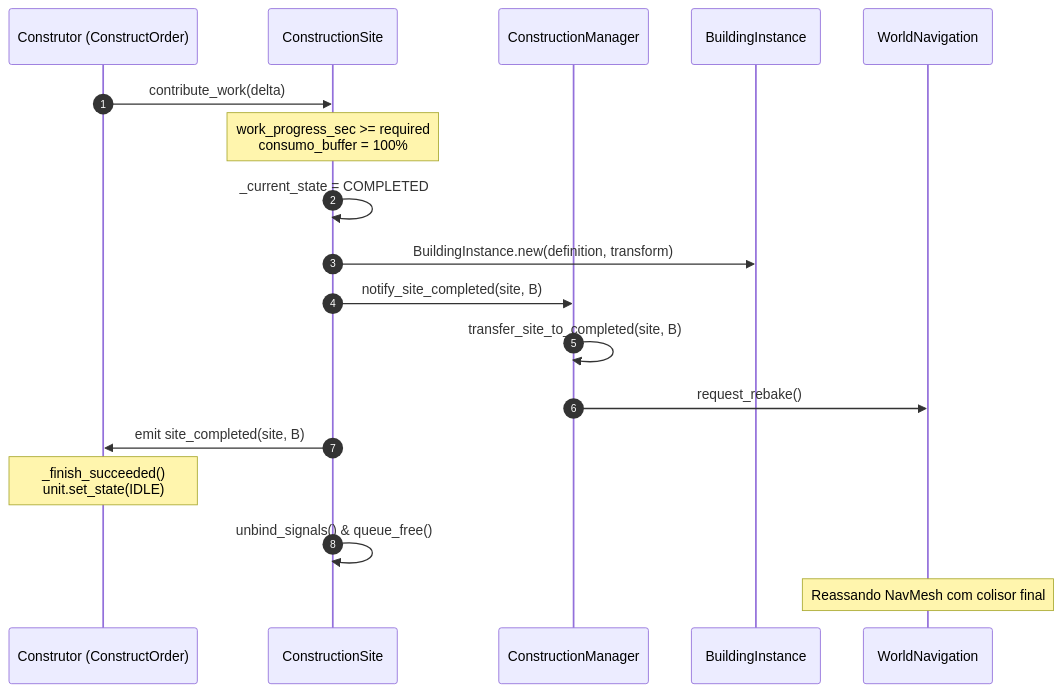
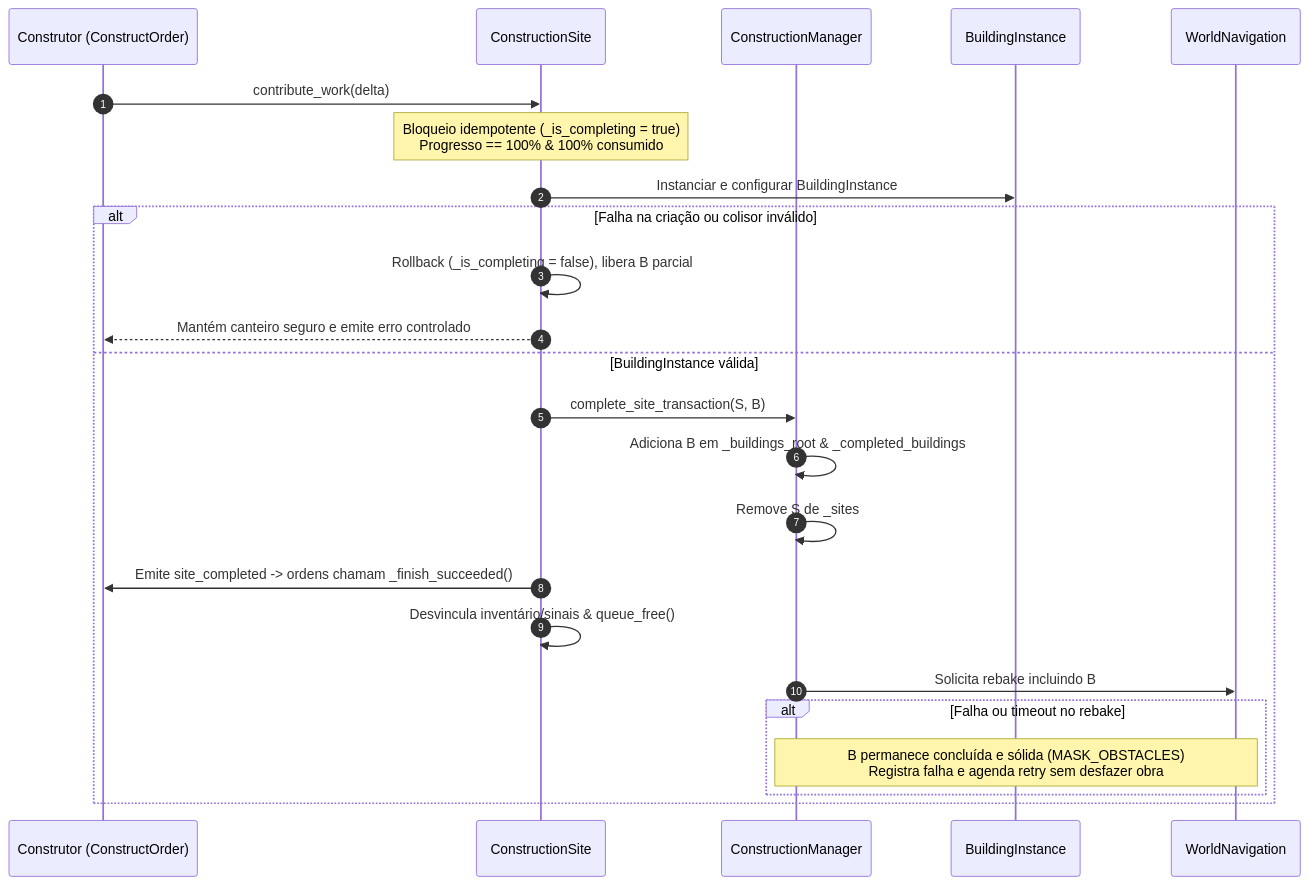
One commit to Julian0s/Dawn-of-Kin changed the second of 2 diagrams in docs/architecture/T3_4_implementation_plan_PROPOSAL.md. Above: the diagram before and after it, drawn with Mermaid. The commit also changed other lines of this file, not shown here.

Commit message:
docs(t3-4): revise architecture plan per R1 independent audit

````diff
--- a/docs/architecture/T3_4_implementation_plan_PROPOSAL.md
+++ b/docs/architecture/T3_4_implementation_plan_PROPOSAL.md
@@ -288,21 +211,27 @@
 ```mermaid
 sequenceDiagram
     autonumber
     participant W as Construtor (ConstructOrder)
     participant S as ConstructionSite
     participant M as ConstructionManager
     participant B as BuildingInstance
     participant Nav as WorldNavigation
 
     W->>S: contribute_work(delta)
-    Note over S: work_progress_sec >= required<br/>consumo_buffer = 100%
-    S->>S: _current_state = COMPLETED
-    S->>B: BuildingInstance.new(definition, transform)
-    S->>M: notify_site_completed(site, B)
-    M->>M: transfer_site_to_completed(site, B)
-    M->>Nav: request_rebake()
-    S->>W: emit site_completed(site, B)
-    Note over W: _finish_succeeded()<br/>unit.set_state(IDLE)
-    S->>S: unbind_signals() & queue_free()
-    Note over Nav: Reassando NavMesh com colisor final
+    Note over S: Bloqueio idempotente (_is_completing = true)<br/>Progresso == 100% & 100% consumido
+    S->>B: Instanciar e configurar BuildingInstance
+    alt Falha na criação ou colisor inválido
+        S->>S: Rollback (_is_completing = false), libera B parcial
+        S-->>W: Mantém canteiro seguro e emite erro controlado
+    else BuildingInstance válida
+        S->>M: complete_site_transaction(S, B)
+        M->>M: Adiciona B em _buildings_root & _completed_buildings
+        M->>M: Remove S de _sites
+        S->>W: Emite site_completed -> ordens chamam _finish_succeeded()
+        S->>S: Desvincula inventário/sinais & queue_free()
+        M->>Nav: Solicita rebake incluindo B
+        alt Falha ou timeout no rebake
+            Note over M,Nav: B permanece concluída e sólida (MASK_OBSTACLES)<br/>Registra falha e agenda retry sem desfazer obra
+        end
+    end
 ```
````
